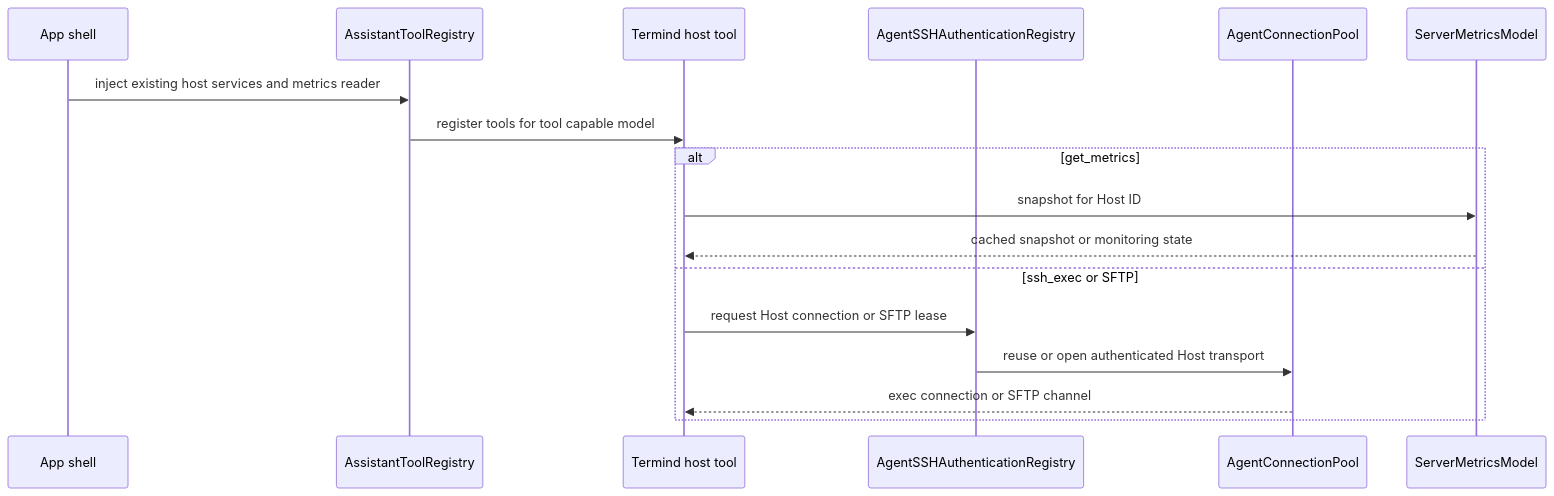
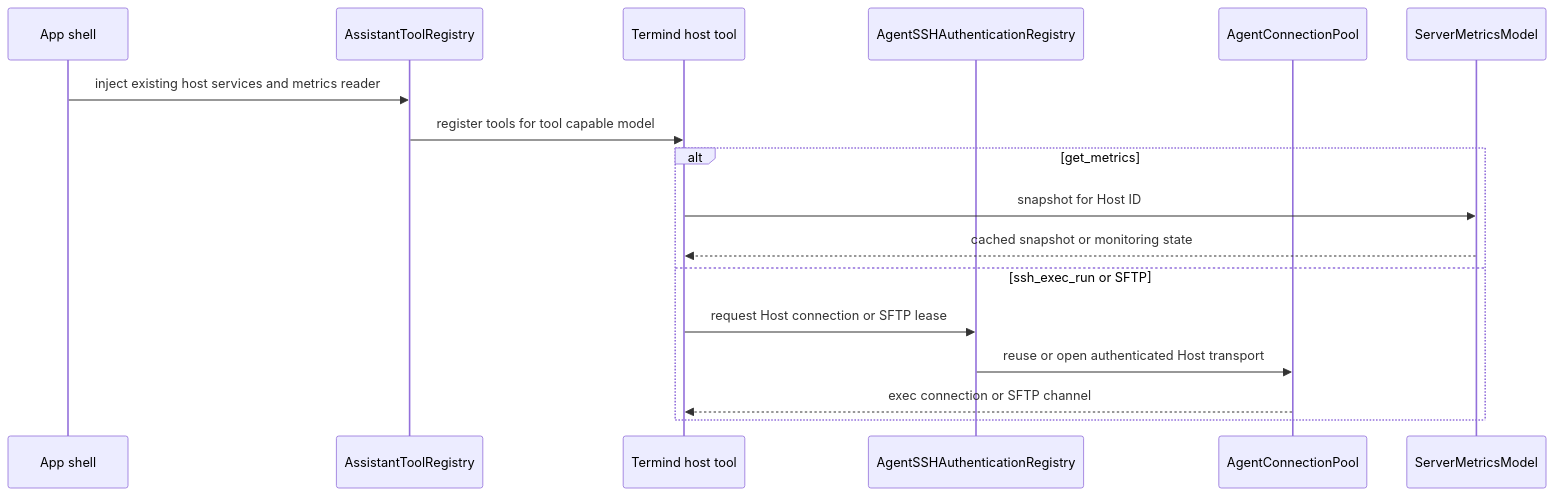
The third of 4 diagrams in openwiki/concepts/remote-services-and-forwarding.md (AkinoKaede/Termind), drawn with Mermaid before and after one commit. The commit also changed other lines of this file and 63 other files, not shown here.

````diff
--- a/openwiki/concepts/remote-services-and-forwarding.md
+++ b/openwiki/concepts/remote-services-and-forwarding.md
@@ -218,19 +220,19 @@
 ```mermaid
 sequenceDiagram
     participant App as App shell
     participant Catalog as AssistantToolRegistry
     participant Tool as Termind host tool
     participant Auth as AgentSSHAuthenticationRegistry
     participant Pool as AgentConnectionPool
     participant Reader as ServerMetricsModel
     App->>Catalog: inject existing host services and metrics reader
     Catalog->>Tool: register tools for tool capable model
     alt get_metrics
         Tool->>Reader: snapshot for Host ID
         Reader-->>Tool: cached snapshot or monitoring state
-    else ssh_exec or SFTP
+    else ssh_exec_run or SFTP
         Tool->>Auth: request Host connection or SFTP lease
         Auth->>Pool: reuse or open authenticated Host transport
         Pool-->>Tool: exec connection or SFTP channel
     end
 ```
````
